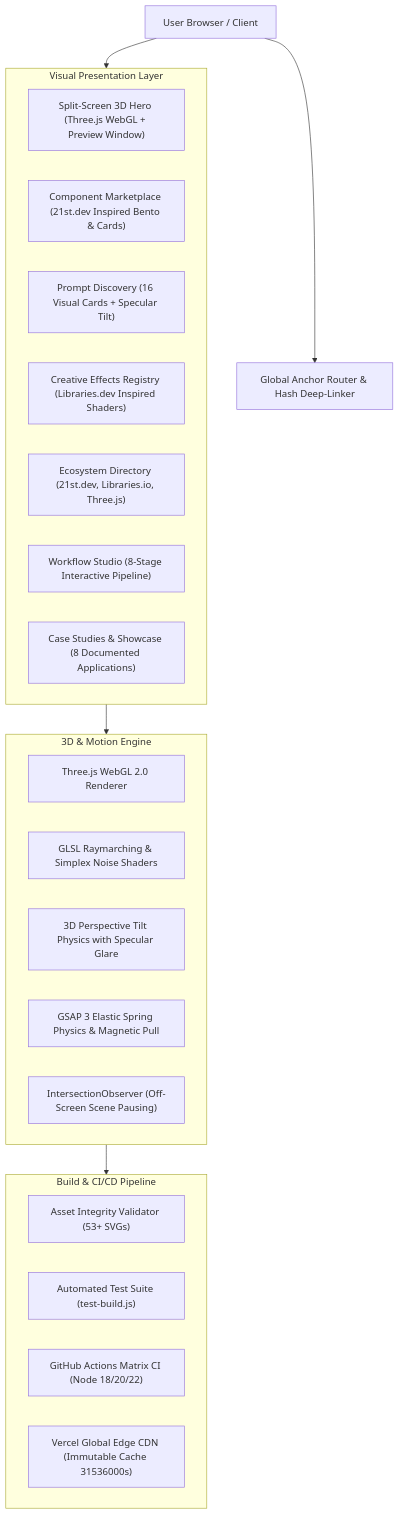
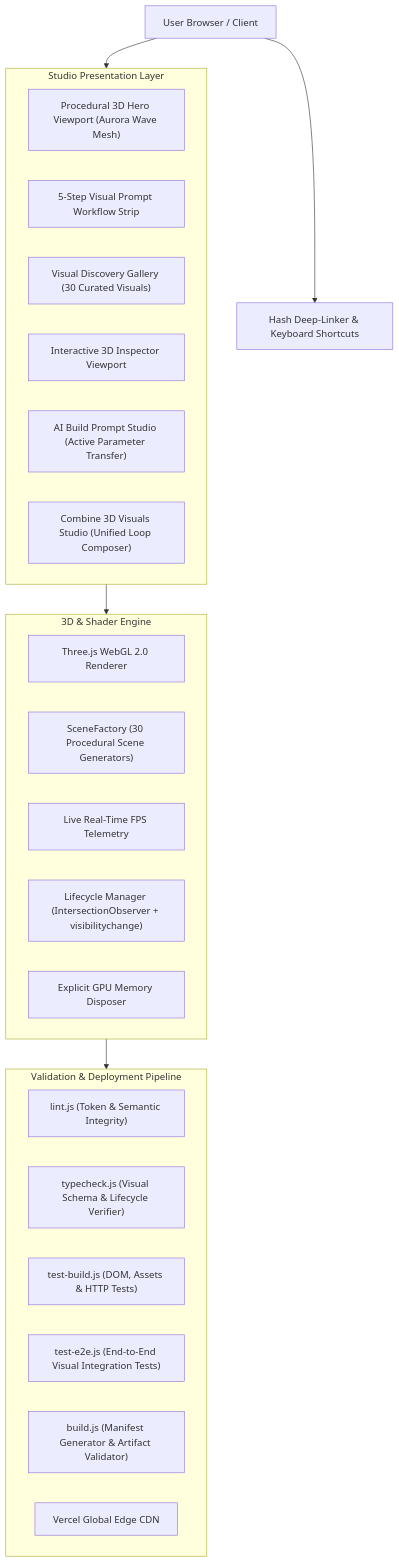
One commit to kalyan870/promptdock changed the diagram in docs/architecture.md. Above: the diagram before and after it, drawn with Mermaid. The commit also changed other lines of this file and 17 other files, not shown here.

Commit message:
feat(7.1): release PromptDock 7.1 3D visual prompt studio with dedicated scene factory, inspector parameter transfer to prompt generator, live FPS, and clean 5-step workflow

````diff
--- a/docs/architecture.md
+++ b/docs/architecture.md
@@ -5,33 +5,34 @@
 ```mermaid
 graph TD
-    Client["User Browser / Client"] --> Router["Global Anchor Router & Hash Deep-Linker"]
+    Client["User Browser / Client"] --> HashRouter["Hash Deep-Linker & Keyboard Shortcuts"]
     
-    subgraph UI ["Visual Presentation Layer"]
-      SplitHero["Split-Screen 3D Hero (Three.js WebGL + Preview Window)"]
-      CompMarket["Component Marketplace (21st.dev Inspired Bento & Cards)"]
-      PromptGallery["Prompt Discovery (16 Visual Cards + Specular Tilt)"]
-      LibRegistry["Creative Effects Registry (Libraries.dev Inspired Shaders)"]
-      ResourceEcosystem["Ecosystem Directory (21st.dev, Libraries.io, Three.js)"]
-      WorkflowStudio["Workflow Studio (8-Stage Interactive Pipeline)"]
-      CaseStudies["Case Studies & Showcase (8 Documented Applications)"]
+    subgraph Studio ["Studio Presentation Layer"]
+      Hero["Procedural 3D Hero Viewport (Aurora Wave Mesh)"]
+      Workflow["5-Step Visual Prompt Workflow Strip"]
+      Gallery["Visual Discovery Gallery (30 Curated Visuals)"]
+      Inspector["Interactive 3D Inspector Viewport"]
+      PromptStudio["AI Build Prompt Studio (Active Parameter Transfer)"]
+      CombineStudio["Combine 3D Visuals Studio (Unified Loop Composer)"]
     end
     
-    subgraph Engine ["3D & Motion Engine"]
+    subgraph WebGL ["3D & Shader Engine"]
       ThreeCore["Three.js WebGL 2.0 Renderer"]
-      ShaderPipeline["GLSL Raymarching & Simplex Noise Shaders"]
-      PhysicsTilt["3D Perspective Tilt Physics with Specular Glare"]
-      GSAPLayer["GSAP 3 Elastic Spring Physics & Magnetic Pull"]
-      Intersection["IntersectionObserver (Off-Screen Scene Pausing)"]
+      SceneFac["SceneFactory (30 Procedural Scene Generators)"]
+      Telemetry["Live Real-Time FPS Telemetry"]
+      Lifecycle["Lifecycle Manager (IntersectionObserver + visibilitychange)"]
+      GPUClean["Explicit GPU Memory Disposer"]
     end
     
-    subgraph Pipeline ["Build & CI/CD Pipeline"]
-      AssetValidator["Asset Integrity Validator (53+ SVGs)"]
-      AutomatedQA["Automated Test Suite (test-build.js)"]
-      GitHubActions["GitHub Actions Matrix CI (Node 18/20/22)"]
-      VercelEdge["Vercel Global Edge CDN (Immutable Cache 31536000s)"]
+    subgraph CI ["Validation & Deployment Pipeline"]
+      Linter["lint.js (Token & Semantic Integrity)"]
+      Typechecker["typecheck.js (Visual Schema & Lifecycle Verifier)"]
+      UnitTests["test-build.js (DOM, Assets & HTTP Tests)"]
+      E2ETests["test-e2e.js (End-to-End Visual Integration Tests)"]
+      Builder["build.js (Manifest Generator & Artifact Validator)"]
+      VercelEdge["Vercel Global Edge CDN"]
     end
     
-    Client --> UI
-    UI --> Engine
-    Engine --> Pipeline
+    Client --> Studio
+    Studio --> WebGL
+    WebGL --> CI
 ```
````
